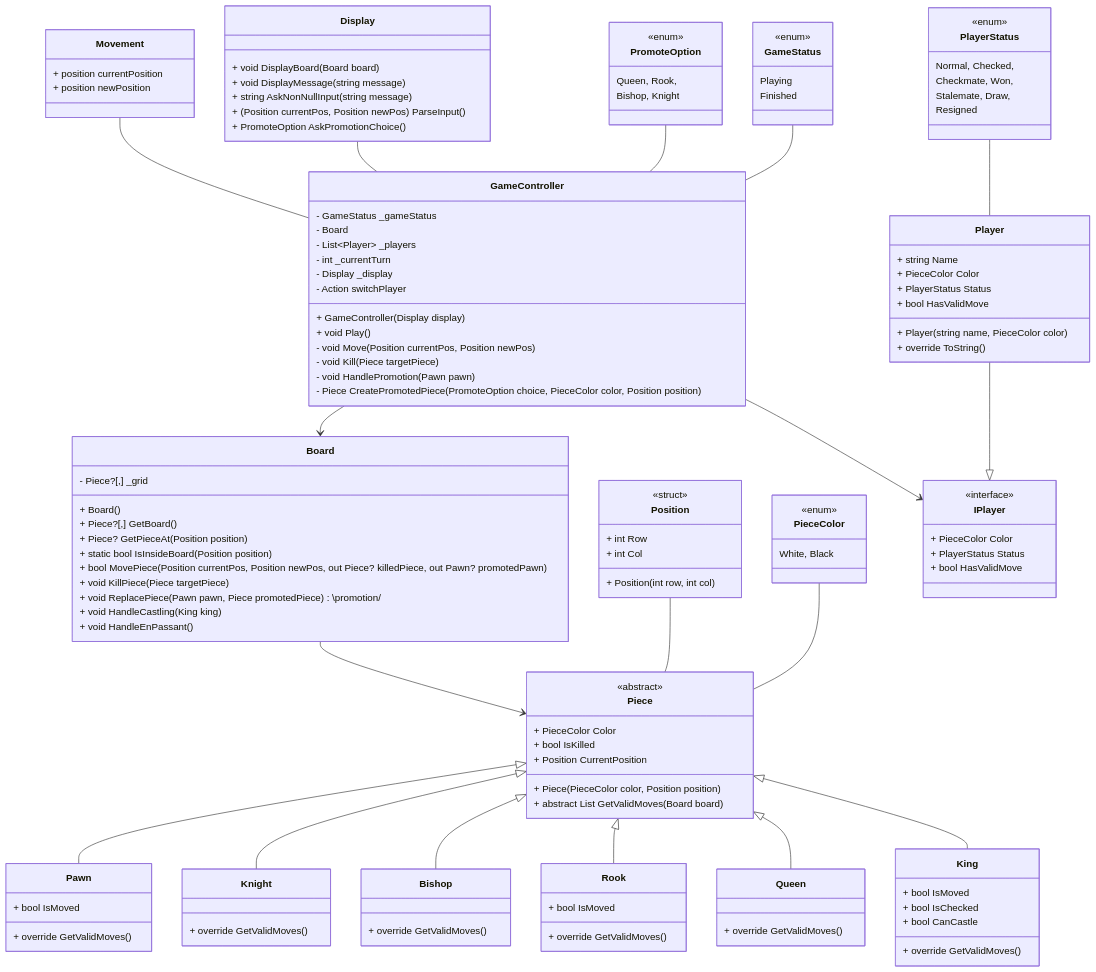
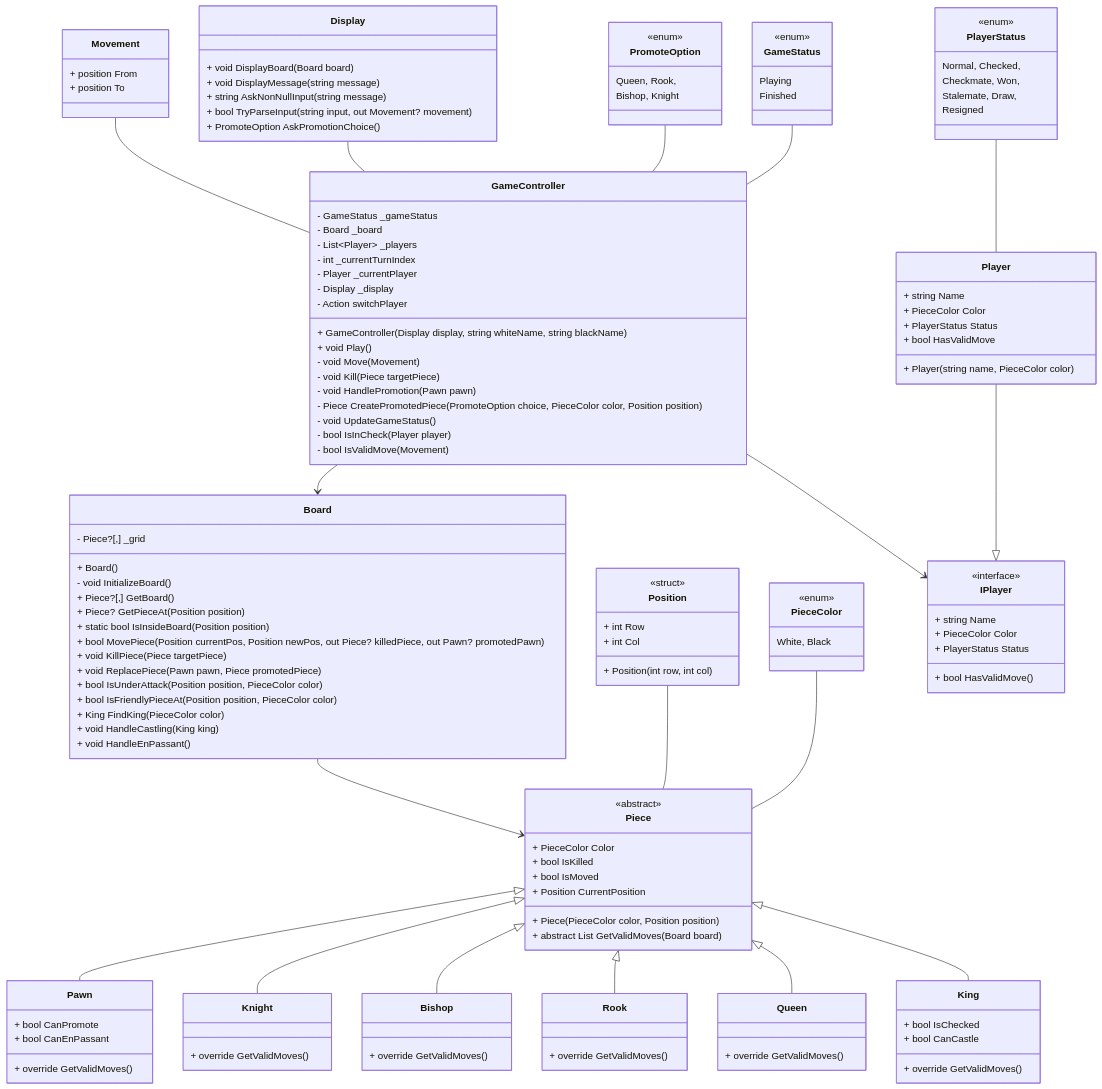
Before and after one commit to soniaagst/project-sonia: the diagram in BoardGame/chess2.mmd, drawn with Mermaid.

Commit message:
updated class diagram

```diff
--- a/BoardGame/chess2.mmd
+++ b/BoardGame/chess2.mmd
@@ -1,149 +1,157 @@
 classDiagram
     class GameController {
         - GameStatus _gameStatus
-        - Board
+        - Board _board
         - List~Player~ _players
-        - int _currentTurn
+        - int _currentTurnIndex
+        - Player _currentPlayer
         - Display _display
         - Action switchPlayer
-        + GameController(Display display)
+        + GameController(Display display, string whiteName, string blackName)
         + void Play()
-        - void Move(Position currentPos, Position newPos)
+        - void Move(Movement)
         - void Kill(Piece targetPiece)
         - void HandlePromotion(Pawn pawn)
         - Piece CreatePromotedPiece(PromoteOption choice, PieceColor color, Position position)
+        - void UpdateGameStatus()
+        - bool IsInCheck(Player player)
+        - bool IsValidMove(Movement)
     }
 
     class Display {
         + void DisplayBoard(Board board)
         + void DisplayMessage(string message)
         + string AskNonNullInput(string message)
-        + (Position currentPos, Position newPos) ParseInput()
+        + bool TryParseInput(string input, out Movement? movement)
         + PromoteOption AskPromotionChoice()
     }
 
     class Board {
         - Piece?[,] _grid
         + Board()
+        - void InitializeBoard()
         + Piece?[,] GetBoard()
         + Piece? GetPieceAt(Position position)
         + static bool IsInsideBoard(Position position)
         + bool MovePiece(Position currentPos, Position newPos, out Piece? killedPiece, out Pawn? promotedPawn)
         + void KillPiece(Piece targetPiece)
-        + void ReplacePiece(Pawn pawn, Piece promotedPiece) \promotion/
+        + void ReplacePiece(Pawn pawn, Piece promotedPiece)
+        + bool IsUnderAttack(Position position, PieceColor color)
+        + bool IsFriendlyPieceAt(Position position, PieceColor color)
+        + King FindKing(PieceColor color)
         + void HandleCastling(King king)
         + void HandleEnPassant()
     }
 
     class Piece {
         <<abstract>>
         + PieceColor Color
         + bool IsKilled
+        + bool IsMoved
         + Position CurrentPosition
         + Piece(PieceColor color, Position position)
         + abstract List<Position> GetValidMoves(Board board)
     }
 
     class Pawn {
-        + bool IsMoved
+        + bool CanPromote
+        + bool CanEnPassant
         + override GetValidMoves()
     }
 
     class Knight {
         + override GetValidMoves()
     }
 
     class Bishop {
         + override GetValidMoves()
     }
 
     class Rook {
-        + bool IsMoved
         + override GetValidMoves()
     }
 
     class Queen {
         + override GetValidMoves()
     }
 
     class King {
-        + bool IsMoved
         + bool IsChecked
         + bool CanCastle
         + override GetValidMoves()
     }
 
     class Player {
         + string Name
         + PieceColor Color
         + PlayerStatus Status
         + bool HasValidMove
         + Player(string name, PieceColor color)
-        + override ToString()
     }
 
     class Movement {
-        + position currentPosition
-        + position newPosition
+        + position From
+        + position To
     }
 
     class Position {
         <<struct>>
         + int Row
         + int Col
         + Position(int row, int col)
     }
 
     class GameStatus {
         <<enum>>
         Playing
         Finished
     }
 
     class PlayerStatus {
         <<enum>>
         Normal, Checked,
         Checkmate, Won,
         Stalemate, Draw,
         Resigned
     }
 
     class PromoteOption {
         <<enum>>
         Queen, Rook,
         Bishop, Knight
     }
 
     class PieceColor {
         <<enum>>
         White, Black
     }
 
     class IPlayer {
         <<interface>>
+        + string Name
         + PieceColor Color
         + PlayerStatus Status
-        + bool HasValidMove
+        + bool HasValidMove ()
     }
 
     GameController --> Board
     GameController --> IPlayer
 
     Board --> Piece
     
     Piece <|-- Pawn
     Piece <|-- Knight
     Piece <|-- Bishop
     Piece <|-- Rook
     Piece <|-- Queen
     Piece <|-- King
     
     Player --|> IPlayer
     
     Movement -- GameController
     Display -- GameController
     PromoteOption -- GameController
     GameStatus -- GameController
     PlayerStatus -- Player
     Position --Piece
     PieceColor -- Piece
```
